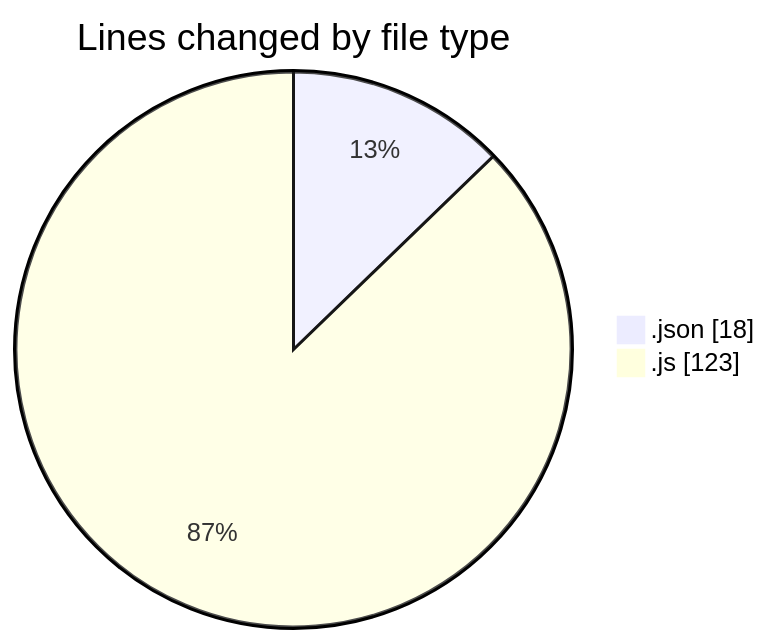
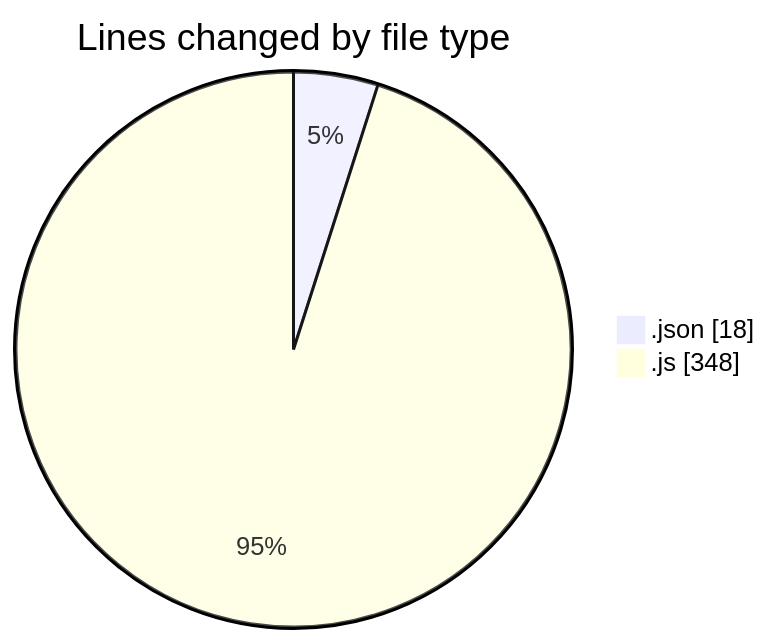
The first of 2 diagrams in 2025-04-01/jsvms/README.md (BS-eng2023/code-tracking), drawn with Mermaid before and after one commit. The commit also changed other lines of this file and 1 other file, not shown here.

````diff
--- a/2025-04-01/jsvms/README.md
+++ b/2025-04-01/jsvms/README.md
@@ -22,6 +27,6 @@
 ```mermaid
 pie showData
 title Lines changed by file type
 ".json" : 18
-".js" : 123
+".js" : 348
 ```
````
